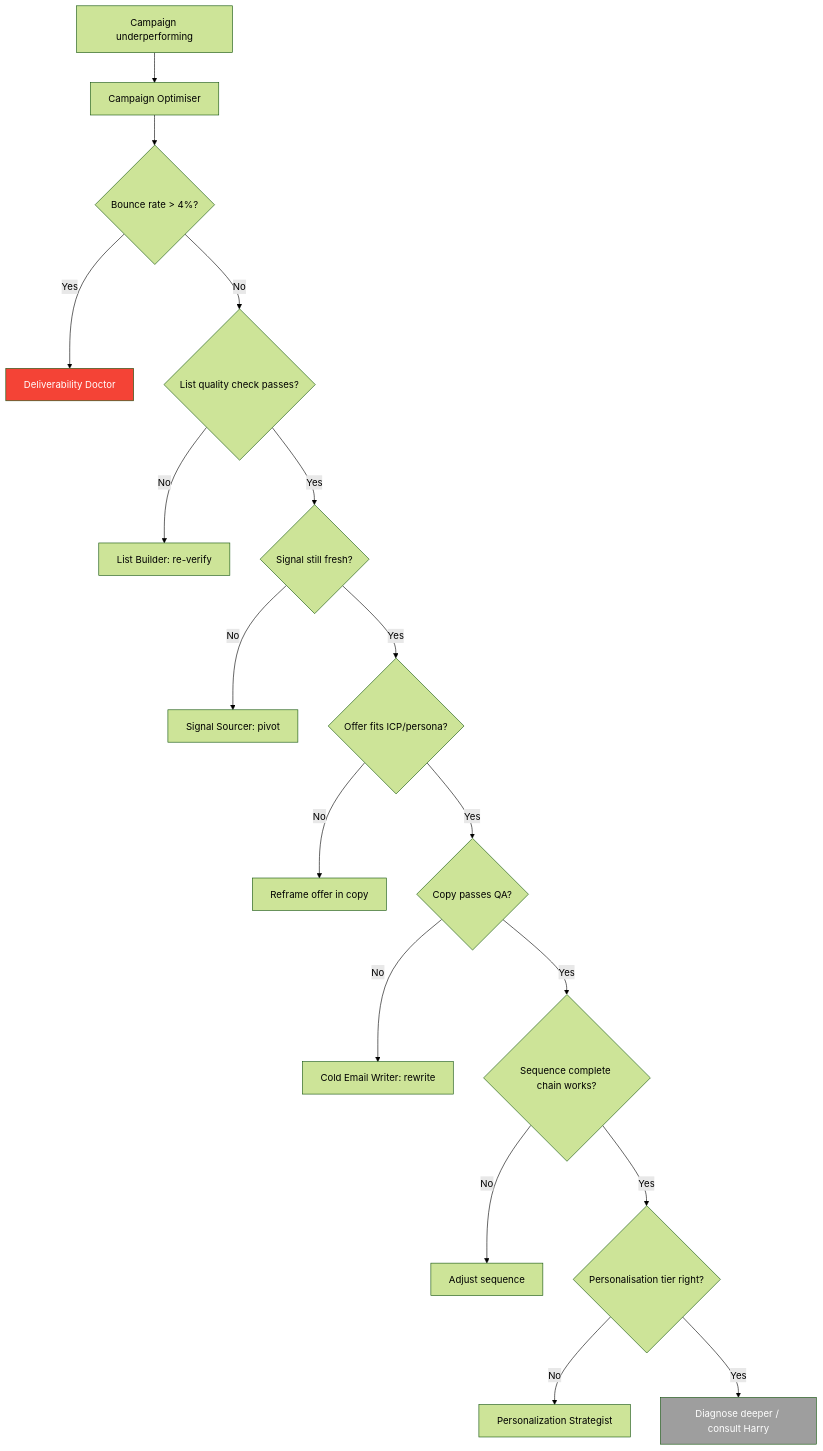
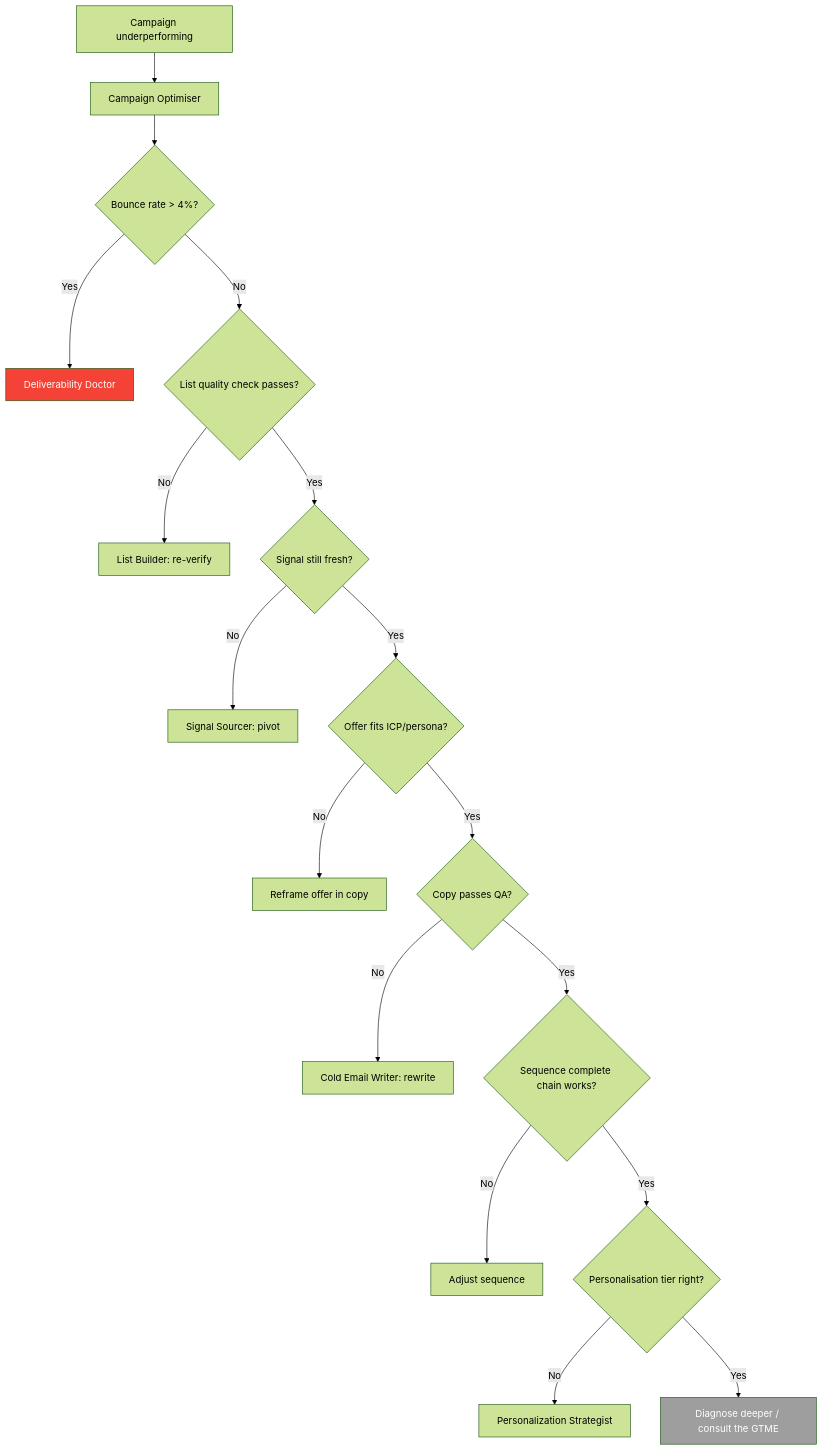
The fourth of 8 diagrams in wiki/diagrams.md (harryrawles/GTM-Engineer-OS), drawn with Mermaid (forest theme) before and after one commit. The commit also changed other lines of this file and 72 other files, not shown here.

````diff
--- a/wiki/diagrams.md
+++ b/wiki/diagrams.md
@@ -105,22 +105,22 @@
 ```mermaid
 flowchart TD
     A[Campaign underperforming] --> B[Campaign Optimiser]
     B --> C{Bounce rate > 4%?}
     C -->|Yes| D[Deliverability Doctor]
     C -->|No| E{List quality check passes?}
     E -->|No| F[List Builder: re-verify]
     E -->|Yes| G{Signal still fresh?}
     G -->|No| H[Signal Sourcer: pivot]
     G -->|Yes| I{Offer fits ICP/persona?}
     I -->|No| J[Reframe offer in copy]
     I -->|Yes| K{Copy passes QA?}
     K -->|No| L[Cold Email Writer: rewrite]
     K -->|Yes| M{Sequence complete chain works?}
     M -->|No| N[Adjust sequence]
     M -->|Yes| O{Personalisation tier right?}
     O -->|No| P[Personalization Strategist]
-    O -->|Yes| Q[Diagnose deeper / consult Harry]
+    O -->|Yes| Q[Diagnose deeper / consult the GTME]
 
     style D fill:#F44336,color:#fff
     style Q fill:#9E9E9E,color:#fff
 ```
````
